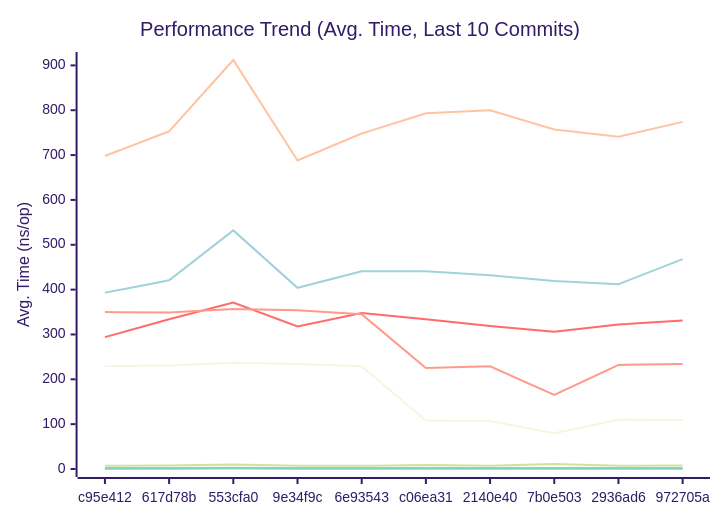
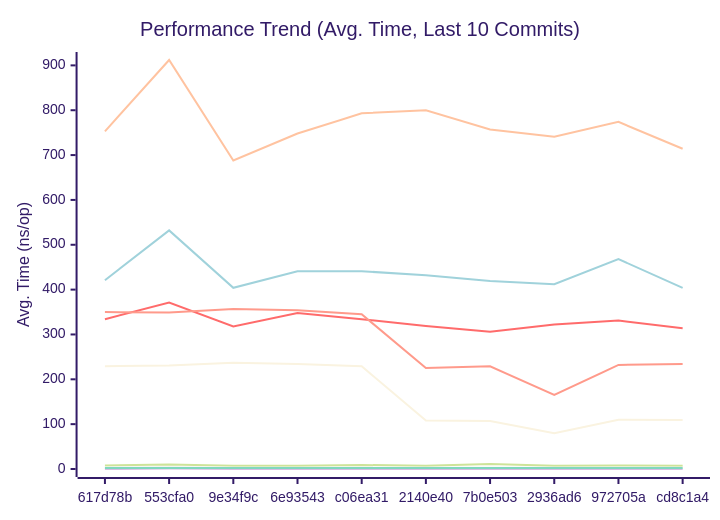
One commit to alsotoes/momo changed the first of 3 diagrams in docs/PERFORMANCE.md. Above: the diagram before and after it, drawn with Mermaid (forest theme). The commit also changed other lines of this file and 14 other files, not shown here.

````diff
--- a/docs/PERFORMANCE.md
+++ b/docs/PERFORMANCE.md
@@ -80,16 +80,16 @@
 ```mermaid
 xychart-beta
     title "Performance Trend (Avg. Time, Last 10 Commits)"
     x-axis "Commit"
     y-axis "Avg. Time (ns/op)"
-    x-axis [c95e412,617d78b,553cfa0,9e34f9c,6e93543,c06ea31,2140e40,7b0e503,2936ad6,972705a]
-    line "CheckMetricsAndSwap" [7,8,10,7,7,9,7,11,7,8]
-    line "CrushOptimized" [294,334,371,318,348,334,319,306,322,331]
-    line "CrushOriginal" [393,421,532,404,441,441,432,419,412,468]
-    line "IndexDirectTracking" [0,0,1,0,0,0,0,0,0,0]
-    line "IndexSearch" [3,3,4,3,3,3,3,3,3,3]
-    line "LoadGlobalConfig" [698,753,912,688,748,793,800,757,741,774]
+    x-axis [617d78b,553cfa0,9e34f9c,6e93543,c06ea31,2140e40,7b0e503,2936ad6,972705a,cd8c1a4]
+    line "CheckMetricsAndSwap" [8,10,7,7,9,7,11,7,8,7]
+    line "CrushOptimized" [334,371,318,348,334,319,306,322,331,314]
+    line "CrushOriginal" [421,532,404,441,441,432,419,412,468,404]
+    line "IndexDirectTracking" [0,1,0,0,0,0,0,0,0,0]
+    line "IndexSearch" [3,4,3,3,3,3,3,3,3,3]
+    line "LoadGlobalConfig" [753,912,688,748,793,800,757,741,774,714]
     line "PadString" [2,2,2,2,2,2,2,2,2,2]
     line "ParseReplicationOrder_NoPrealloc" [350,349,357,354,345,225,229,165,232,234]
     line "ParseReplicationOrder_Prealloc" [229,231,237,234,229,108,107,80,110,109]
 ```
````
